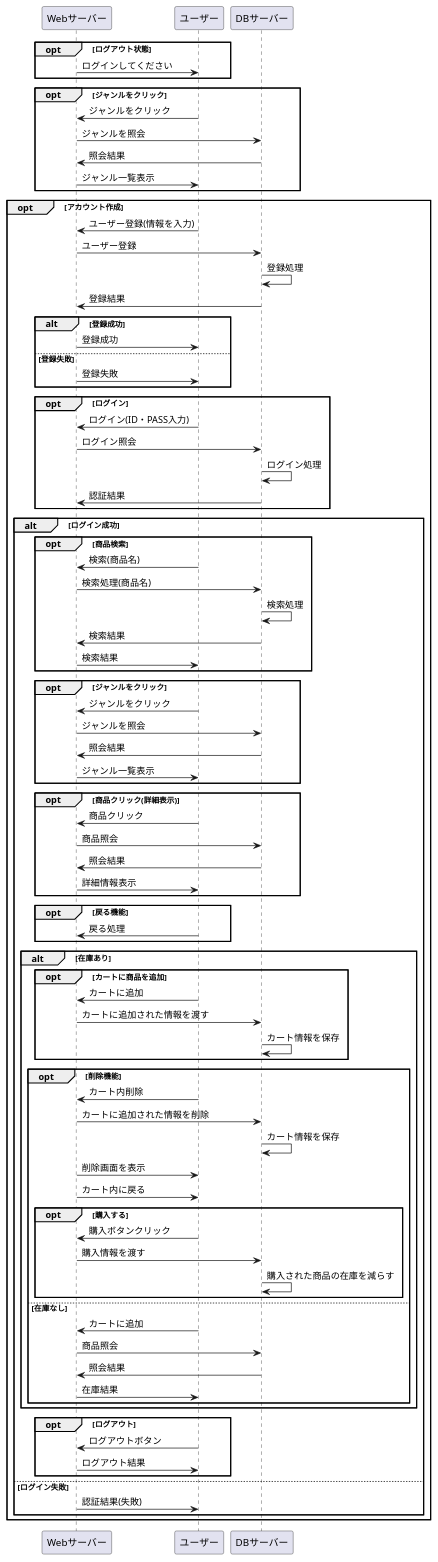
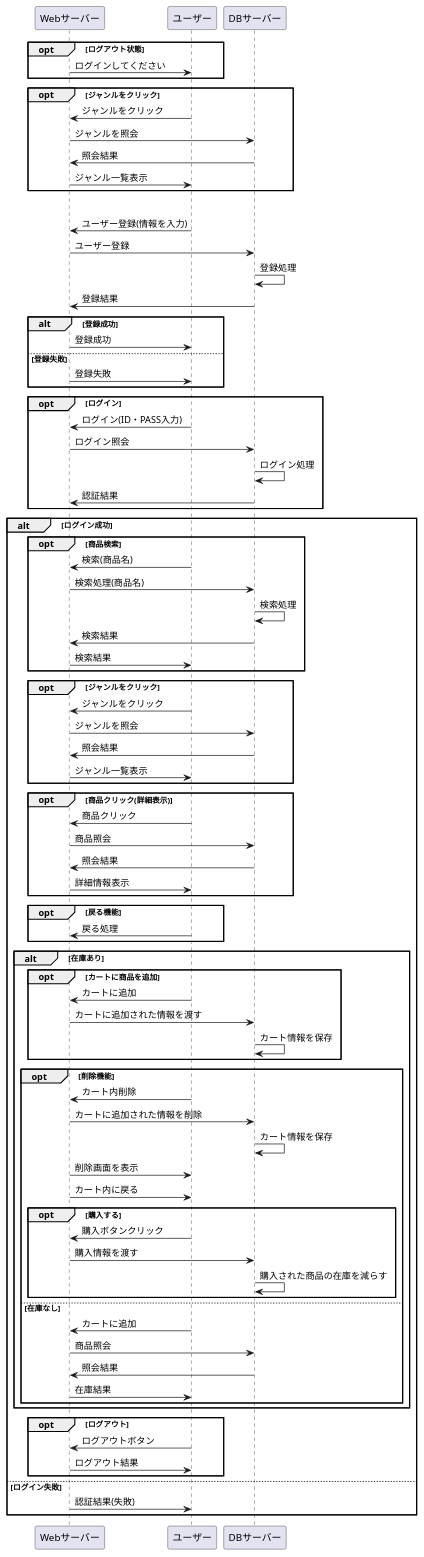
Before and after one commit to Aso2001184/2021sys-design: the diagram in あの消し.業務フロー.md, drawn with PlantUML.

````diff
--- a/あの消し.業務フロー.md
+++ b/あの消し.業務フロー.md
@@ -97,7 +97,7 @@
 else ログイン失敗
 Webサーバー -> ユーザー : 認証結果(失敗)
 end
-end
+
 
 @enduml
 ```
````
